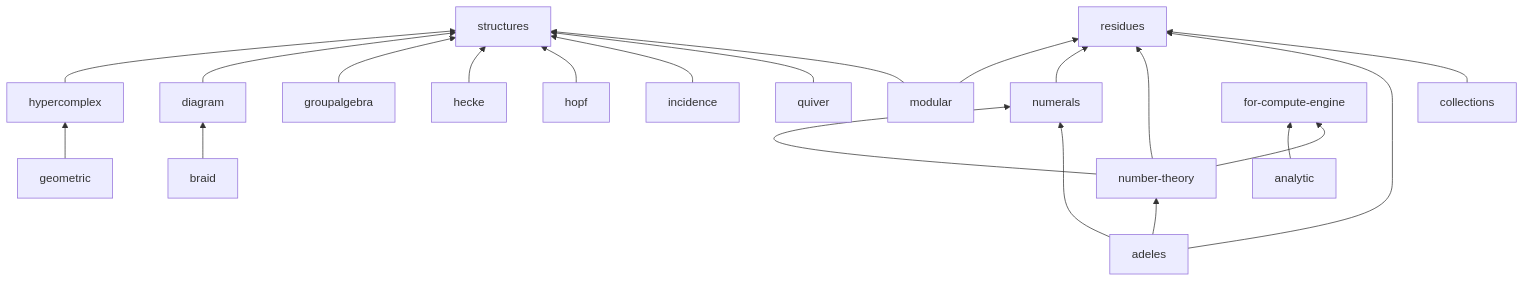
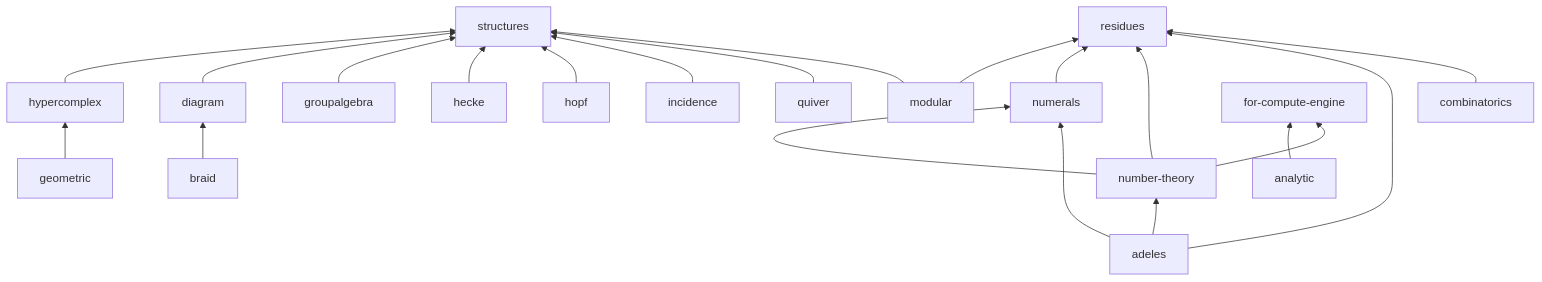
Before and after one commit to enumeratio/enumeratio: the first of 2 diagrams in design/packages.md, drawn with Mermaid. The commit also changed other lines of this file and 2535 other files, not shown here.

Commit message:
combinatorics: merge collections+domains; regenerate reference collectors

````diff
--- a/design/packages.md
+++ b/design/packages.md
@@ -34,12 +36,12 @@
 ```mermaid
 flowchart BT
   hypercomplex & diagram & groupalgebra & hecke & hopf & incidence & quiver --> structures
   geometric --> hypercomplex
   braid --> diagram
   modular --> structures & residues
   numerals --> residues
   number-theory --> numerals & residues
   adeles --> number-theory & numerals & residues
-  collections --> residues
+  combinatorics --> residues
   analytic & number-theory --> fce[for-compute-engine]
 ```
````
